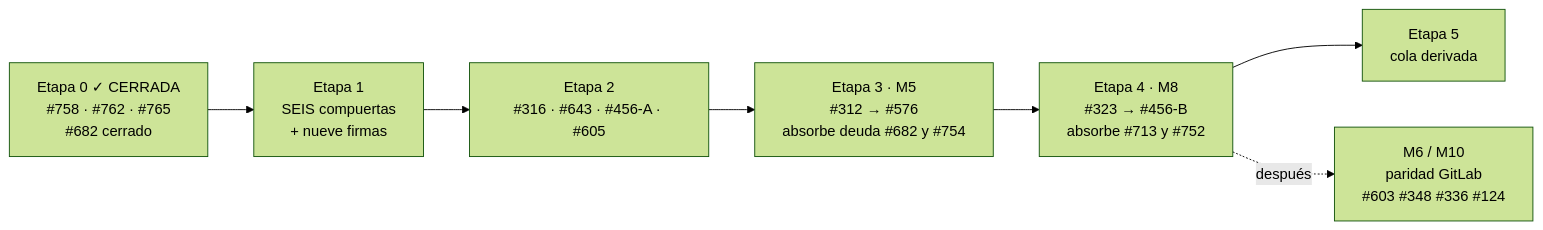
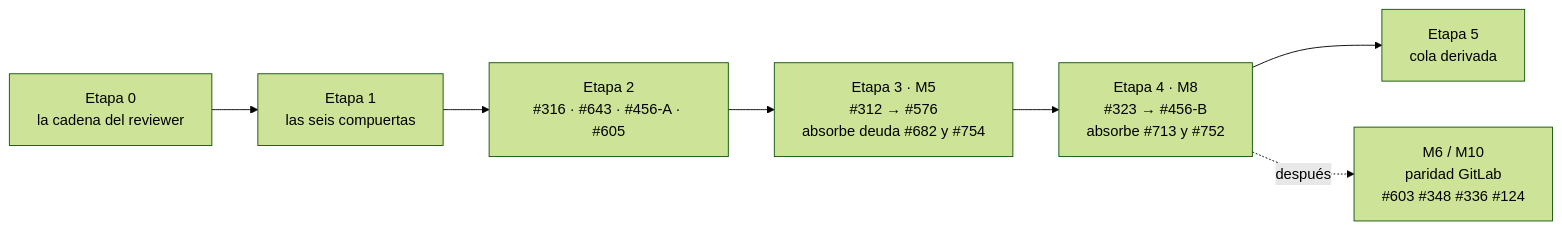
One commit to csrinaldi/brain changed the diagram in docs/inbox/ROADMAP-M5-M8.md. Above: the diagram before and after it, drawn with Mermaid (forest theme). The commit also changed other lines of this file, not shown here.

First line of the commit message:
docs(798): strip the state from the roadmap and keep the argument

````diff
--- a/docs/inbox/ROADMAP-M5-M8.md
+++ b/docs/inbox/ROADMAP-M5-M8.md
@@ -342,9 +201,9 @@
 ```mermaid
 graph LR
-  E0["Etapa 0 ✓ CERRADA<br/>#758 · #762 · #765<br/>#682 cerrado"] --> E1["Etapa 1<br/>SEIS compuertas<br/>+ nueve firmas"]
+  E0["Etapa 0<br/>la cadena del reviewer"] --> E1["Etapa 1<br/>las seis compuertas"]
   E1 --> E2["Etapa 2<br/>#316 · #643 · #456-A · #605"]
   E2 --> M5["Etapa 3 · M5<br/>#312 → #576<br/>absorbe deuda #682 y #754"]
   M5 --> M8["Etapa 4 · M8<br/>#323 → #456-B<br/>absorbe #713 y #752"]
   M8 --> E5["Etapa 5<br/>cola derivada"]
   M8 -.después.-> P["M6 / M10<br/>paridad GitLab<br/>#603 #348 #336 #124"]
 ```
````
